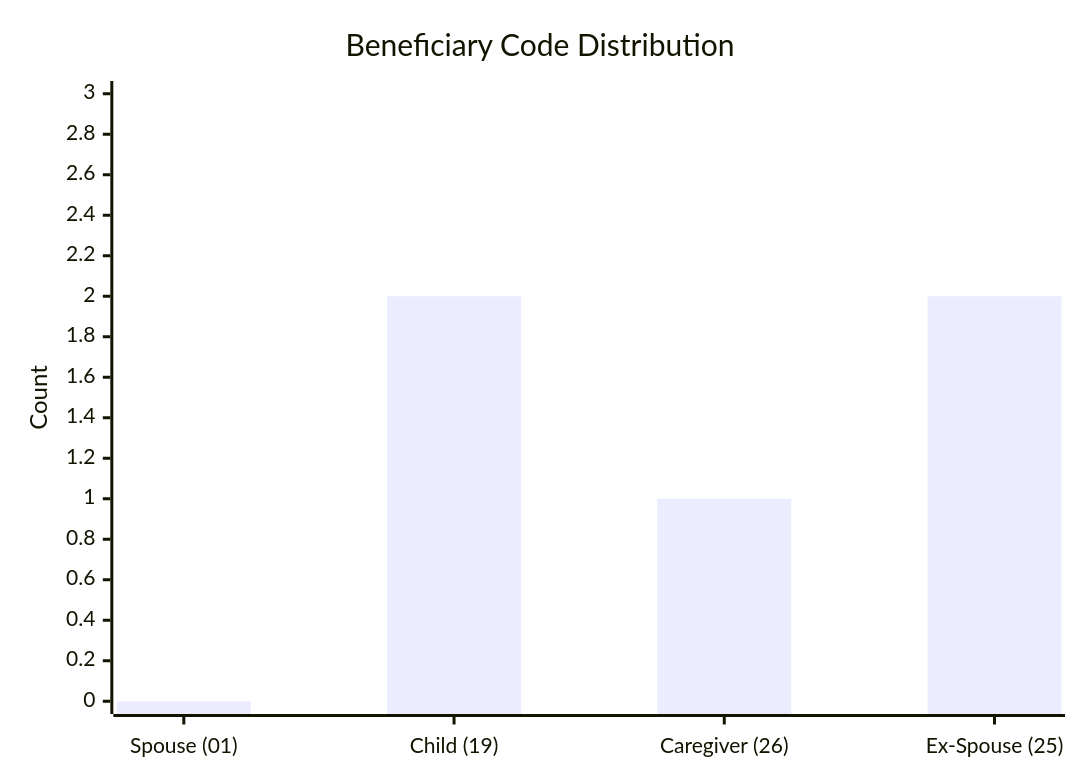
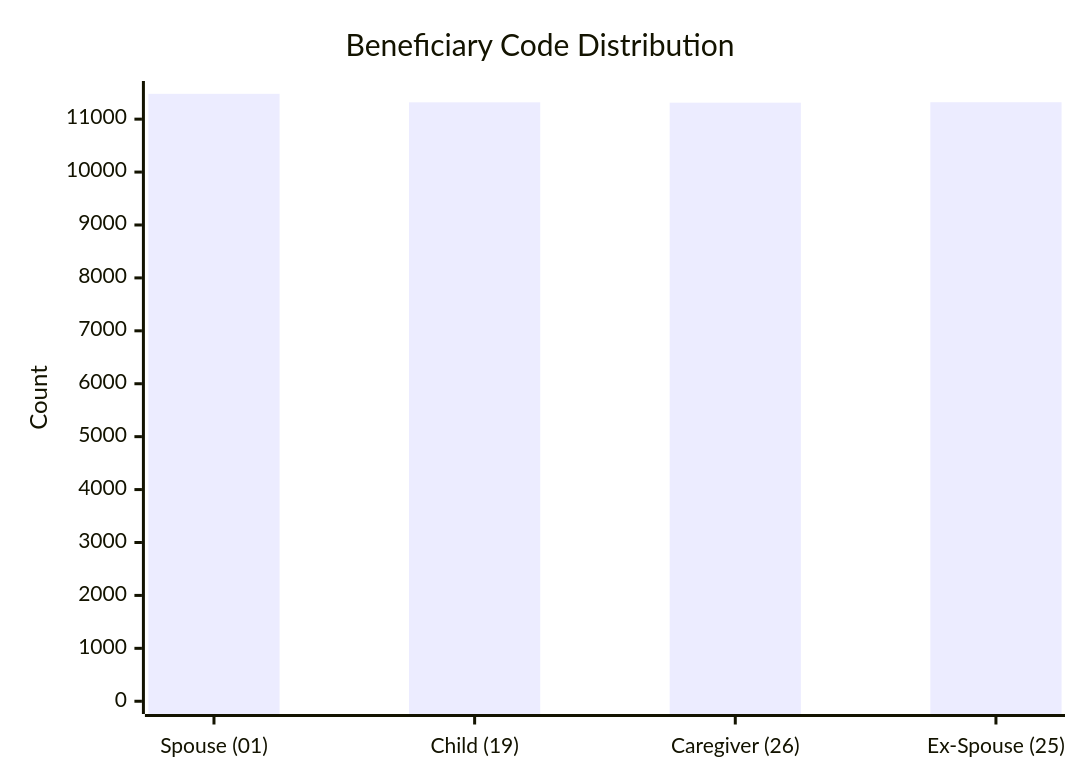
One commit to dhagan-va/intern-2025 changed the seventh of 10 diagrams in test-tools/DataGen/src/Statistics_Visualizer.md. Above: the diagram before and after it, drawn with Mermaid. The commit also changed other lines of this file and 2 other files, not shown here.

````diff
--- a/test-tools/DataGen/src/Statistics_Visualizer.md
+++ b/test-tools/DataGen/src/Statistics_Visualizer.md
@@ -76,7 +76,7 @@
 ```mermaid
 xychart-beta
     title "Beneficiary Code Distribution"
     x-axis ["Spouse (01)", "Child (19)", "Caregiver (26)", "Ex-Spouse (25)"]
-    y-axis "Count" 0 --> 3
-    bar [0, 2, 1, 2]
+    y-axis "Count" 0 --> 11480
+    bar [11479, 11318, 11311, 11320]
 ```
````
